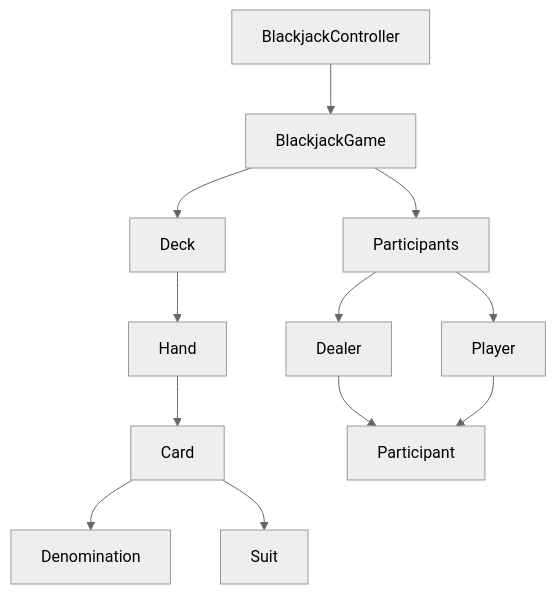
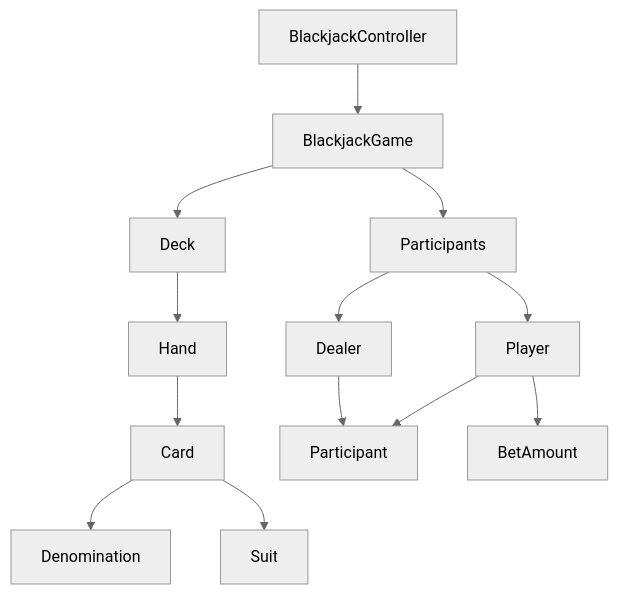
The diagram in docs/README.md (woowacourse/java-blackjack), drawn with Mermaid (neutral theme) before and after one commit. The commit also changed other lines of this file and 8 other files, not shown here.

````diff
--- a/docs/README.md
+++ b/docs/README.md
@@ -51,20 +51,21 @@
 ```mermaid
 graph TD
 
     BlackjackController --> BlackjackGame
     
     BlackjackGame --> Participants
     BlackjackGame --> Deck
 
     Deck --> Hand
     Hand --> Card
     Card --> Denomination
     Card --> Suit
 
     Participants --> Player
     Participants --> Dealer
 
     Dealer --> Participant
     Player --> Participant
+    Player --> BetAmount
     
 ```
````
